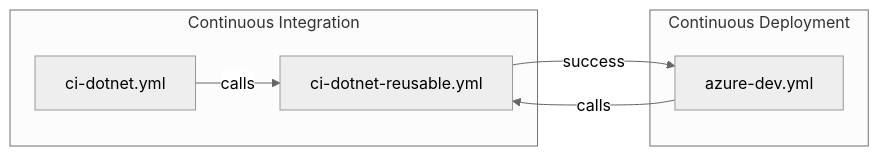
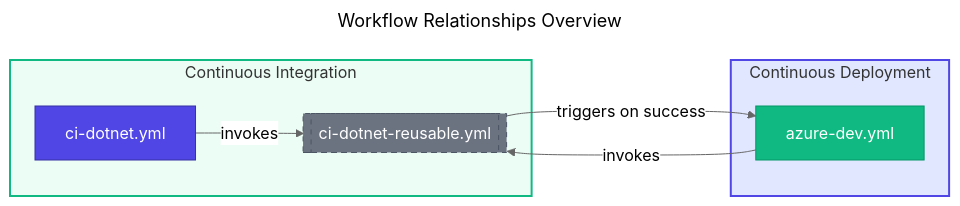
One commit to Evilazaro/Azure-LogicApps-Monitoring changed the diagram in docs/devops/README.md. Above: the diagram before and after it, drawn with Mermaid (neutral theme). The commit also changed 1 other file, not shown here.

Commit message:
docs: Update workflow diagrams for CI and CD with enhanced clarity and structure

````diff
--- a/docs/devops/README.md
+++ b/docs/devops/README.md
@@ -45,15 +45,35 @@
 ```mermaid
+---
+title: Workflow Relationships Overview
+---
 flowchart LR
-    subgraph ci[Continuous Integration]
-        caller[ci-dotnet.yml]
-        reusable[ci-dotnet-reusable.yml]
+    %% ===== CLASS DEFINITIONS =====
+    classDef primary fill:#4F46E5,stroke:#3730A3,color:#FFFFFF
+    classDef secondary fill:#10B981,stroke:#059669,color:#FFFFFF
+    classDef external fill:#6B7280,stroke:#4B5563,color:#FFFFFF,stroke-dasharray:5 5
+
+    %% ===== CONTINUOUS INTEGRATION =====
+    subgraph ci["Continuous Integration"]
+        caller["ci-dotnet.yml"]
+        reusable[["ci-dotnet-reusable.yml"]]
     end
 
-    subgraph cd[Continuous Deployment]
-        deploy[azure-dev.yml]
+    %% ===== CONTINUOUS DEPLOYMENT =====
+    subgraph cd["Continuous Deployment"]
+        deploy["azure-dev.yml"]
     end
 
-    caller -->|calls| reusable
-    deploy -->|calls| reusable
-    reusable -->|success| deploy
+    %% ===== CONNECTIONS =====
+    caller -->|invokes| reusable
+    deploy -->|invokes| reusable
+    reusable -->|triggers on success| deploy
+
+    %% ===== APPLY CLASSES =====
+    class caller primary
+    class reusable external
+    class deploy secondary
+
+    %% ===== SUBGRAPH STYLES =====
+    style ci fill:#ECFDF5,stroke:#10B981,stroke-width:2px
+    style cd fill:#E0E7FF,stroke:#4F46E5,stroke-width:2px
 ```
````
